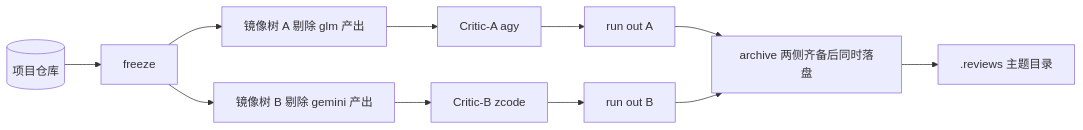
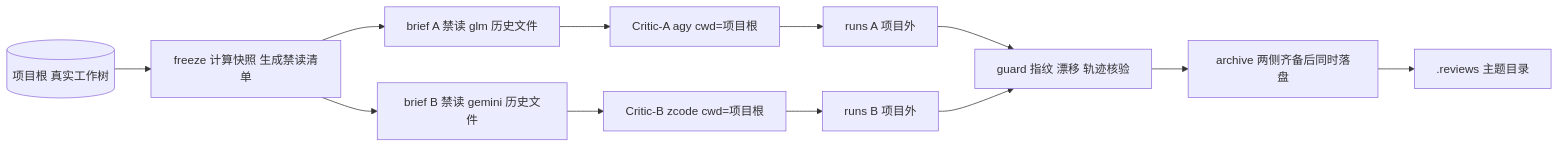
The fourth of 4 diagrams in doc/02_design/2026-09-10-Driver-DualCritic主攻双审流水线设计-claude.md (striver2006/TriviumCode), drawn with Mermaid before and after one commit. The commit also changed other lines of this file and 5 other files, not shown here.

````diff
--- a/doc/02_design/2026-09-10-Driver-DualCritic主攻双审流水线设计-claude.md
+++ b/doc/02_design/2026-09-10-Driver-DualCritic主攻双审流水线设计-claude.md
@@ -992,13 +1053,14 @@
 ```mermaid
 flowchart LR
-    repo[(项目仓库)] --> fz[freeze]
-    fz --> ta[镜像树 A 剔除 glm 产出]
-    fz --> tb[镜像树 B 剔除 gemini 产出]
-    ta --> ca[Critic-A agy]
-    tb --> cb[Critic-B zcode]
-    ca --> oa[run out A]
-    cb --> ob[run out B]
-    oa --> ar[archive 两侧齐备后同时落盘]
-    ob --> ar
+    repo[(项目根 真实工作树)] --> fz[freeze 计算快照 生成禁读清单]
+    fz --> ba[brief A 禁读 glm 历史文件]
+    fz --> bb[brief B 禁读 gemini 历史文件]
+    ba --> ca[Critic-A agy cwd=项目根]
+    bb --> cb[Critic-B zcode cwd=项目根]
+    ca --> oa[runs A 项目外]
+    cb --> ob[runs B 项目外]
+    oa --> gd[guard 指纹 漂移 轨迹核验]
+    ob --> gd
+    gd --> ar[archive 两侧齐备后同时落盘]
     ar --> rv[.reviews 主题目录]
 ```
````
